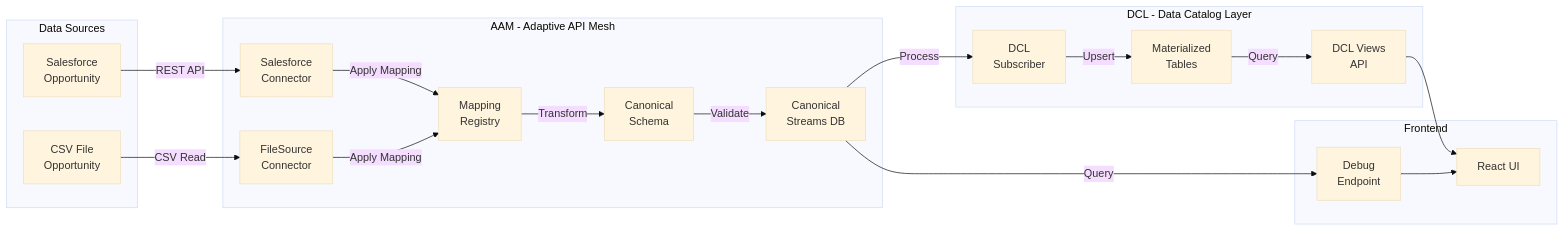
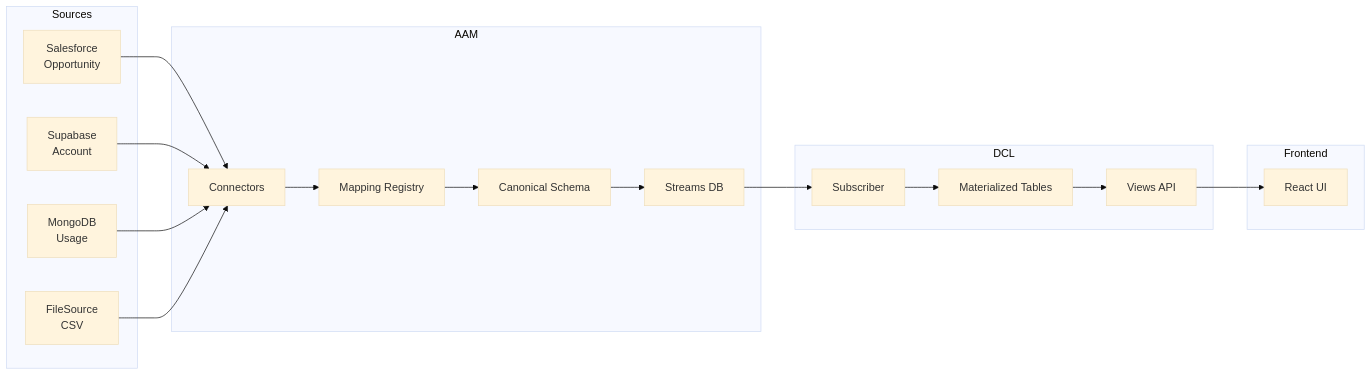
Before and after one commit to ilyacantor/autonomos-platform: the third of 8 diagrams in ARCHITECTURE.md, drawn with Mermaid (base theme). The commit also changed other lines of this file and 1 other file, not shown here.

First line of the commit message:
Update architecture documentation with new system overview and details

````diff
--- a/ARCHITECTURE.md
+++ b/ARCHITECTURE.md
@@ -92,45 +123,35 @@
 ```mermaid
 graph LR
-    subgraph "Data Sources"
+    subgraph "Sources"
         SF_OPP[Salesforce<br/>Opportunity]
-        CSV_OPP[CSV File<br/>Opportunity]
+        SB_ACC[Supabase<br/>Account]
+        MG_USG[MongoDB<br/>Usage]
+        FS_CSV[FileSource<br/>CSV]
     end
 
-    subgraph "AAM - Adaptive API Mesh"
-        CONN_SF[Salesforce<br/>Connector]
-        CONN_FS[FileSource<br/>Connector]
-        MAP_REG[Mapping<br/>Registry]
-        CANON[Canonical<br/>Schema]
-        STREAM[Canonical<br/>Streams DB]
+    subgraph "AAM"
+        CONN[Connectors]
+        MAP[Mapping Registry]
+        CANON[Canonical Schema]
+        STREAM[Streams DB]
     end
 
-    subgraph "DCL - Data Catalog Layer"
-        SUB[DCL<br/>Subscriber]
-        MAT[Materialized<br/>Tables]
-        VIEWS[DCL Views<br/>API]
+    subgraph "DCL"
+        SUB[Subscriber]
+        MAT[Materialized Tables]
+        API[Views API]
     end
 
     subgraph "Frontend"
         UI[React UI]
-        DEBUG[Debug<br/>Endpoint]
     end
 
-    SF_OPP -->|REST API| CONN_SF
-    CSV_OPP -->|CSV Read| CONN_FS
-
-    CONN_SF -->|Apply Mapping| MAP_REG
-    CONN_FS -->|Apply Mapping| MAP_REG
-
-    MAP_REG -->|Transform| CANON
-    CANON -->|Validate| STREAM
-
-    STREAM -->|Process| SUB
-    SUB -->|Upsert| MAT
-
-    MAT -->|Query| VIEWS
-    STREAM -->|Query| DEBUG
-
-    VIEWS --> UI
-    DEBUG --> UI
-
+    SF_OPP & SB_ACC & MG_USG & FS_CSV --> CONN
+    CONN --> MAP
+    MAP --> CANON
+    CANON --> STREAM
+    STREAM --> SUB
+    SUB --> MAT
+    MAT --> API
+    API --> UI
 ```
````
